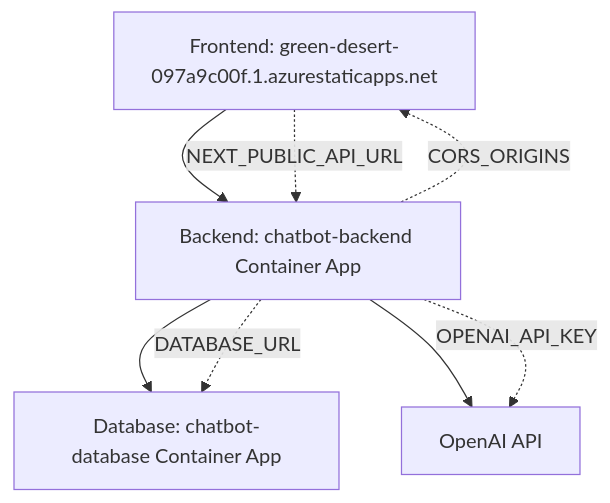
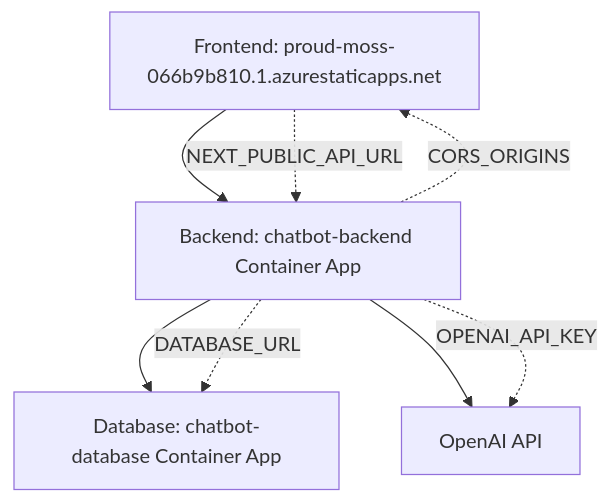
One commit to kmdiallo69/ai-chatbot-portfolio changed the diagram in DEPLOYMENT-CONFIG.md. Above: the diagram before and after it, drawn with Mermaid. The commit also changed other lines of this file and 2 other files, not shown here.

Commit message:
Fix: Switch to working Azure Static Web Apps token (proud-moss)

````diff
--- a/DEPLOYMENT-CONFIG.md
+++ b/DEPLOYMENT-CONFIG.md
@@ -118,11 +118,11 @@
 ```mermaid
 graph TD
-    A[Frontend: green-desert-097a9c00f.1.azurestaticapps.net] --> B[Backend: chatbot-backend Container App]
+    A[Frontend: proud-moss-066b9b810.1.azurestaticapps.net] --> B[Backend: chatbot-backend Container App]
     B --> C[Database: chatbot-database Container App]
     B --> D[OpenAI API]
     
     A -.->|NEXT_PUBLIC_API_URL| B
     B -.->|DATABASE_URL| C
     B -.->|OPENAI_API_KEY| D
     B -.->|CORS_ORIGINS| A
 ```
````
